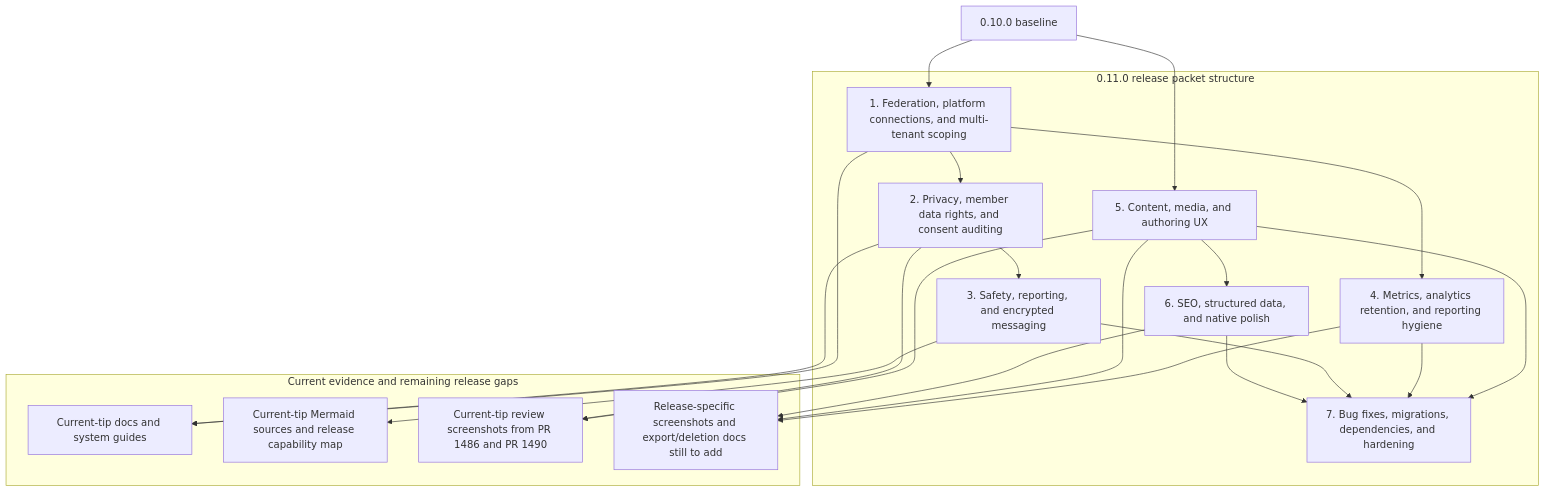
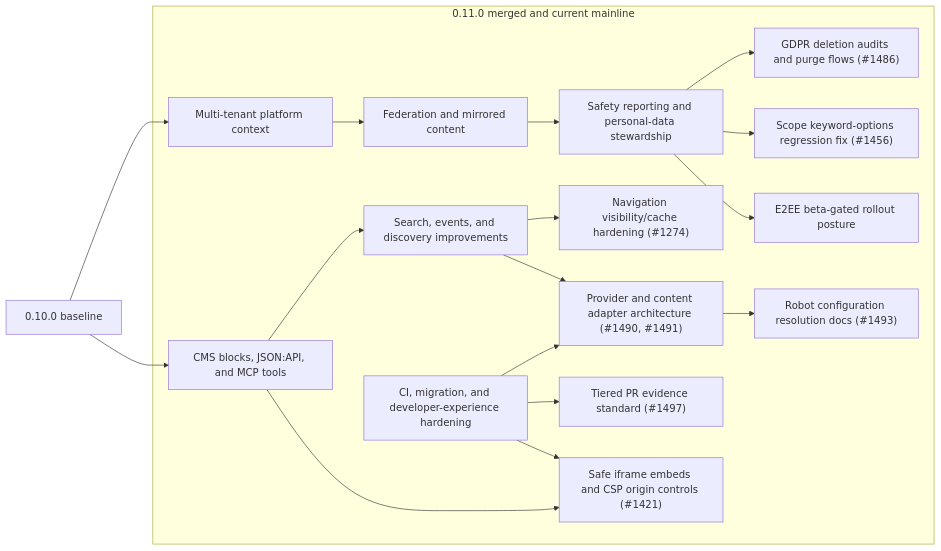
Before and after one commit to better-together-org/community-engine-rails: the diagram in docs/diagrams/source/release_0_11_0_capability_map.mmd, drawn with Mermaid. The commit also changed 4 other files, not shown here.

```diff
--- a/docs/diagrams/source/release_0_11_0_capability_map.mmd
+++ b/docs/diagrams/source/release_0_11_0_capability_map.mmd
@@ -1,40 +1,36 @@
-flowchart TD
+flowchart LR
 
   V010["0.10.0 baseline"]
 
-  subgraph RELEASE["0.11.0 release packet structure"]
-    FED["1. Federation, platform connections, and multi-tenant scoping"]
-    PRIV["2. Privacy, member data rights, and consent auditing"]
-    SAFE["3. Safety, reporting, and encrypted messaging"]
-    METRICS["4. Metrics, analytics retention, and reporting hygiene"]
-    CONTENT["5. Content, media, and authoring UX"]
-    SEO["6. SEO, structured data, and native polish"]
-    HARDEN["7. Bug fixes, migrations, dependencies, and hardening"]
+  subgraph MAIN["0.11.0 merged and current mainline"]
+    MT["Multi-tenant platform context"]
+    FED["Federation and mirrored content"]
+    BLOCKS["CMS blocks, JSON:API, and MCP tools"]
+    SAFE["Safety reporting and personal-data stewardship"]
+    GDPR["GDPR deletion audits and purge flows (#1486)"]
+    DISC["Search, events, and discovery improvements"]
+    NAV["Navigation visibility/cache hardening (#1274)"]
+    DEV["CI, migration, and developer-experience hardening"]
+    ADAPTERS["Provider and content adapter architecture (#1490, #1491)"]
+    ROBOTS["Robot configuration resolution docs (#1493)"]
+    EVIDENCE["Tiered PR evidence standard (#1497)"]
+    EMBEDS["Safe iframe embeds and CSP origin controls (#1421)"]
+    SCOPE["Scope keyword-options regression fix (#1456)"]
+    E2EE["E2EE beta-gated rollout posture"]
   end
 
-  subgraph EVIDENCE["Current evidence and remaining release gaps"]
-    DOCS["Current-tip docs and system guides"]
-    DIAGRAMS["Current-tip Mermaid sources and release capability map"]
-    REVIEW["Current-tip review screenshots from PR 1486 and PR 1490"]
-    GAPS["Release-specific screenshots and export/deletion docs still to add"]
-  end
-
-  V010 --> FED
-  V010 --> CONTENT
-  FED --> PRIV
-  FED --> METRICS
-  PRIV --> SAFE
-  CONTENT --> SEO
-  CONTENT --> HARDEN
-  METRICS --> HARDEN
-  SAFE --> HARDEN
-  SEO --> HARDEN
-
-  FED --> DOCS
-  PRIV --> DOCS
-  SAFE --> DIAGRAMS
-  CONTENT --> REVIEW
-  PRIV --> REVIEW
-  METRICS --> GAPS
-  CONTENT --> GAPS
-  SEO --> GAPS
+  V010 --> MT
+  V010 --> BLOCKS
+  MT --> FED
+  FED --> SAFE
+  SAFE --> GDPR
+  BLOCKS --> DISC
+  DISC --> NAV
+  DISC --> ADAPTERS
+  DEV --> ADAPTERS
+  ADAPTERS --> ROBOTS
+  DEV --> EVIDENCE
+  BLOCKS --> EMBEDS
+  SAFE --> SCOPE
+  SAFE --> E2EE
+  DEV --> EMBEDS
```
